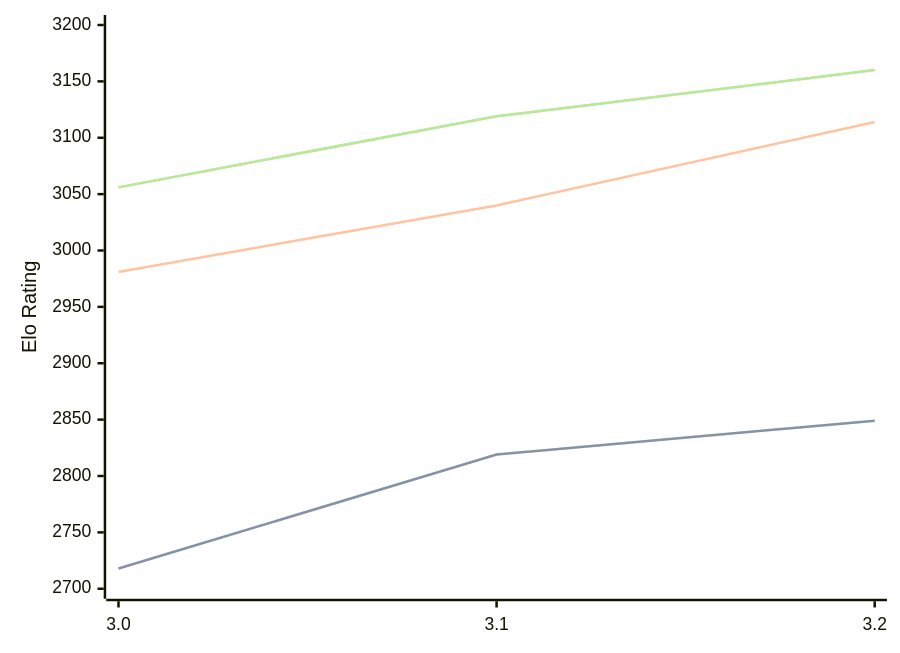
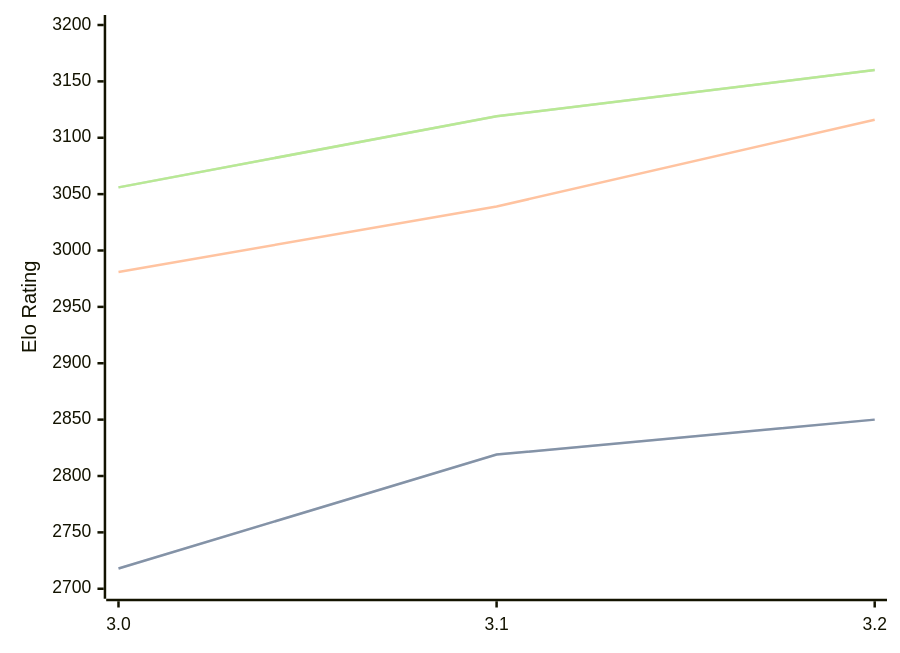
One commit to computer-chess-index/cci changed the diagram in engines/Vajolet2.md. Above: the diagram before and after it, drawn with Mermaid. The commit also changed other lines of this file, not shown here.

````diff
--- a/engines/Vajolet2.md
+++ b/engines/Vajolet2.md
@@ -33,11 +33,11 @@
 ```mermaid
 %%{init: {"theme":"base","themeVariables":{"seriesColors:['#a3a3a3','#222221','#faa371']}}}%%
 xychart-beta
   x-axis ["3.0", "3.1", "3.2"]
   y-axis "Elo Rating" 2700 --> 3200
-  line "STC (8.0+0.08s)" [2718, 2819, 2849]
-  line "STC (8.0+0.08s)" [2718, 2819, 2849]
-  line "LTC (60.0+0.60s)" [2981, 3040, 3114]
+  line "STC (8.0+0.08s)" [2718, 2819, 2850]
+  line "STC (8.0+0.08s)" [2718, 2819, 2850]
+  line "LTC (60.0+0.60s)" [2981, 3039, 3116]
   line "VLTC (2m24s+1.12s)" [3056, 3119, 3160]
   line "VLTC (2m24s+1.12s)" [3056, 3119, 3160]
 ```
````
